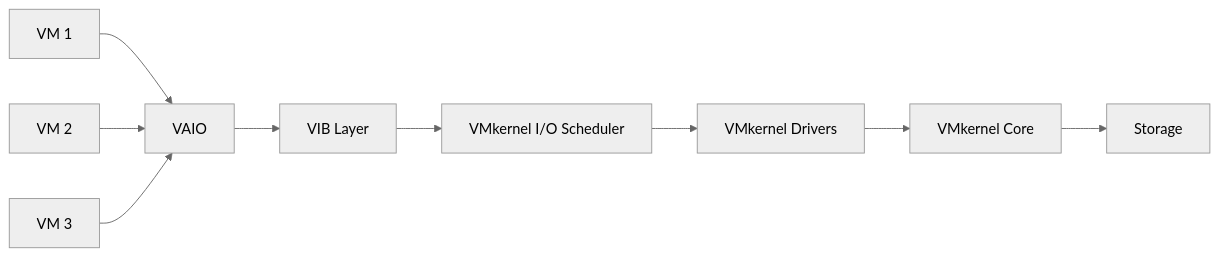
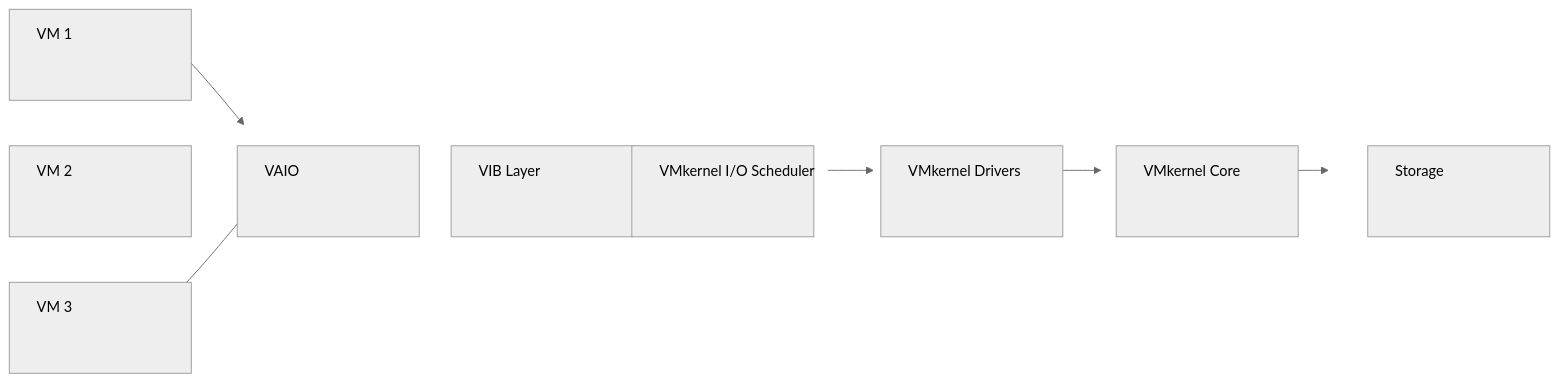
One commit to win64k/win64k.github.io changed the first of 5 diagrams in _posts/2025-10-25-ESXi-Hypervisor-level-Attacks-and-Techniques.md. Above: the diagram before and after it, drawn with Mermaid (neutral theme). The commit also changed other lines of this file, not shown here.

````diff
--- a/_posts/2025-10-25-ESXi-Hypervisor-level-Attacks-and-Techniques.md
+++ b/_posts/2025-10-25-ESXi-Hypervisor-level-Attacks-and-Techniques.md
@@ -28,19 +28,21 @@
 ```mermaid
 flowchart LR
     VM1["VM 1"]
-    VM2["VM 2"]
+    VM2["VM 2"] 
     VM3["VM 3"]
     VAIO["VAIO"]
     VIB["VIB Layer"]
     VMK1["VMkernel I/O Scheduler"]
     VMK2["VMkernel Drivers"]
     VMK3["VMkernel Core"]
     ST["Storage"]
 
     %% connections
     VM1 --> VAIO
     VM2 --> VAIO
     VM3 --> VAIO
     VAIO --> VIB --> VMK1 --> VMK2 --> VMK3 --> ST
 
+    %% Make nodes larger
+    classDef default width:200px,height:100px
 ```
````
